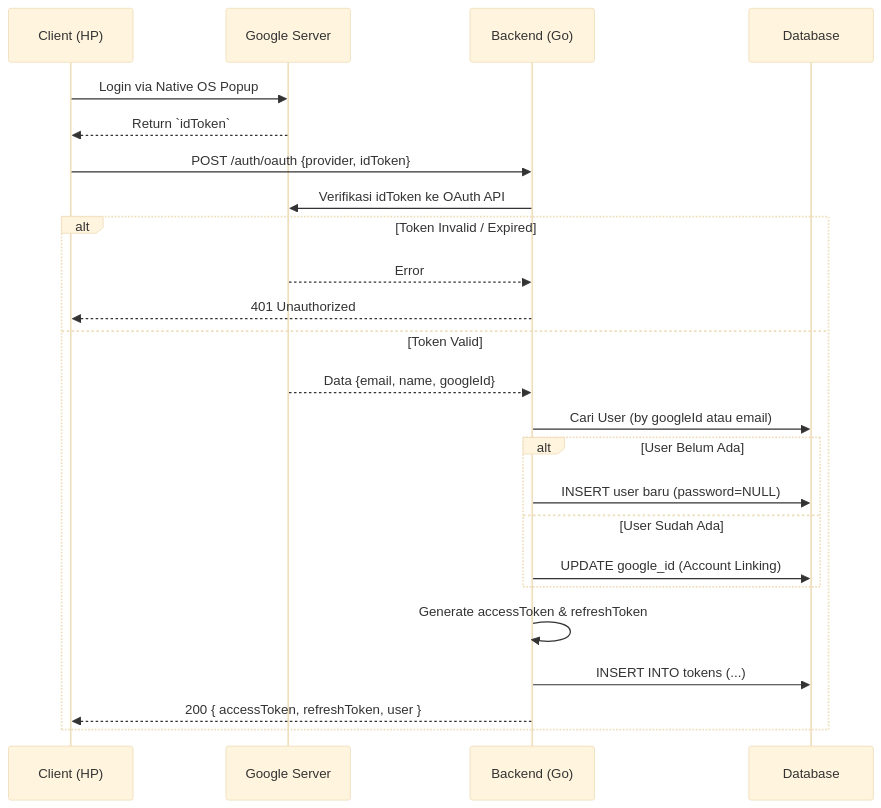
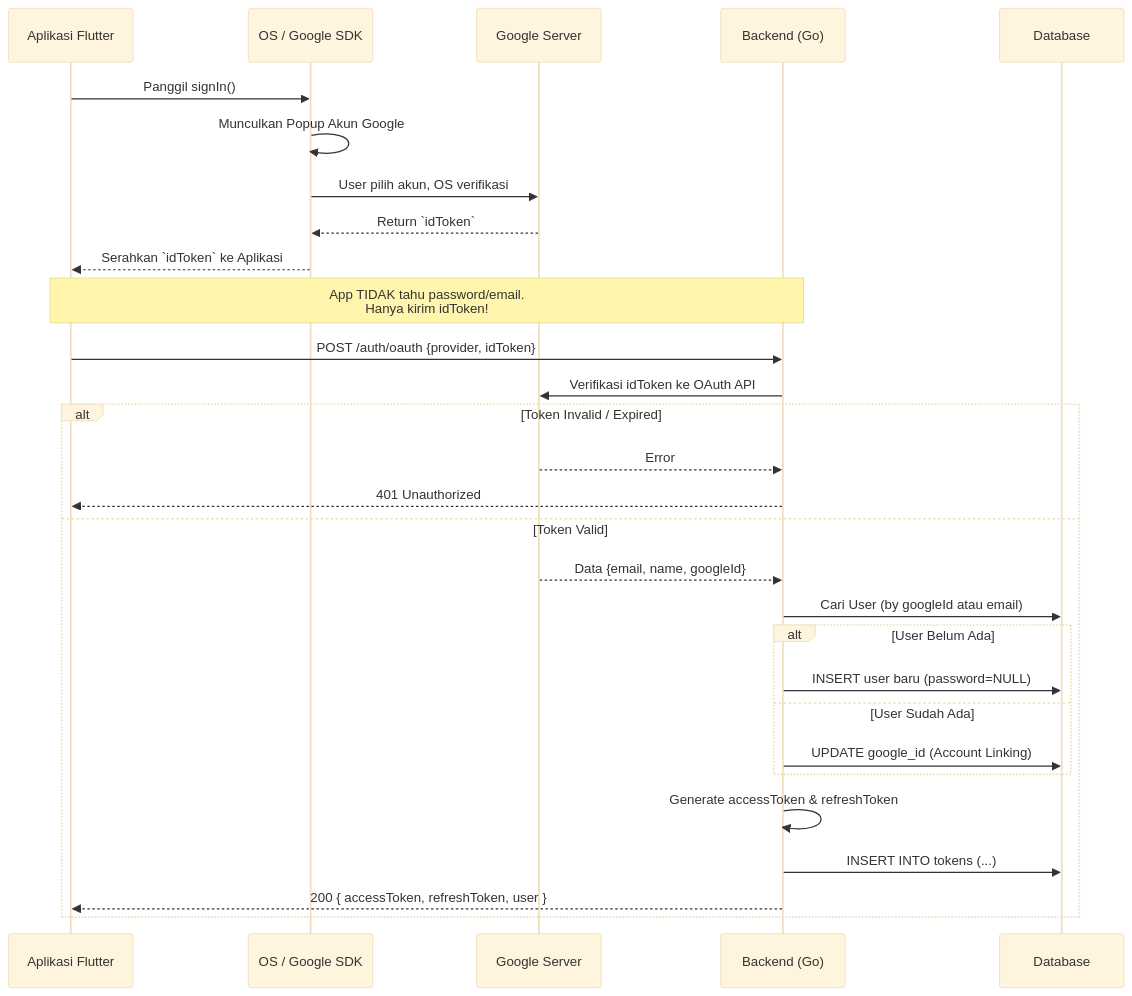
Before and after one commit to nunutech40/open-api-free-news: the third of 4 diagrams in docs/AUTH.md, drawn with Mermaid (base theme).

Commit message:
docs: clarify OS role in google sign-in sequence diagram

````diff
--- a/docs/AUTH.md
+++ b/docs/AUTH.md
@@ -104,31 +104,36 @@
 ```mermaid
 sequenceDiagram
-    participant Client as Client (HP)
+    participant App as Aplikasi Flutter
+    participant OS as OS / Google SDK
     participant Google as Google Server
     participant BE as Backend (Go)
     participant DB as Database
 
-    Client->>Google: Login via Native OS Popup
-    Google-->>Client: Return `idToken`
+    App->>OS: Panggil signIn()
+    OS->>OS: Munculkan Popup Akun Google
+    OS->>Google: User pilih akun, OS verifikasi
+    Google-->>OS: Return `idToken`
+    OS-->>App: Serahkan `idToken` ke Aplikasi
     
-    Client->>BE: POST /auth/oauth {provider, idToken}
+    Note over App, BE: App TIDAK tahu password/email.<br/>Hanya kirim idToken!
+    App->>BE: POST /auth/oauth {provider, idToken}
     BE->>Google: Verifikasi idToken ke OAuth API
     
     alt Token Invalid / Expired
         Google-->>BE: Error
-        BE-->>Client: 401 Unauthorized
+        BE-->>App: 401 Unauthorized
     else Token Valid
         Google-->>BE: Data {email, name, googleId}
         BE->>DB: Cari User (by googleId atau email)
         
         alt User Belum Ada
             BE->>DB: INSERT user baru (password=NULL)
         else User Sudah Ada
             BE->>DB: UPDATE google_id (Account Linking)
         end
         
         BE->>BE: Generate accessToken & refreshToken
         BE->>DB: INSERT INTO tokens (...)
-        BE-->>Client: 200 { accessToken, refreshToken, user }
+        BE-->>App: 200 { accessToken, refreshToken, user }
     end
 ```
````
